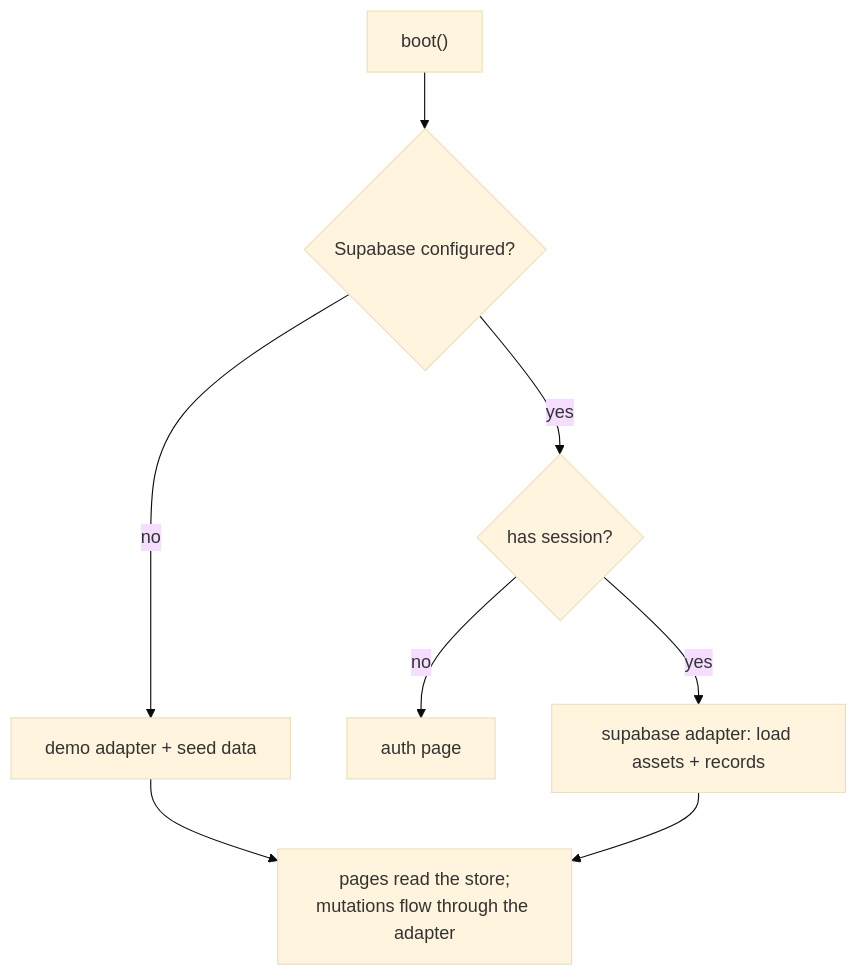
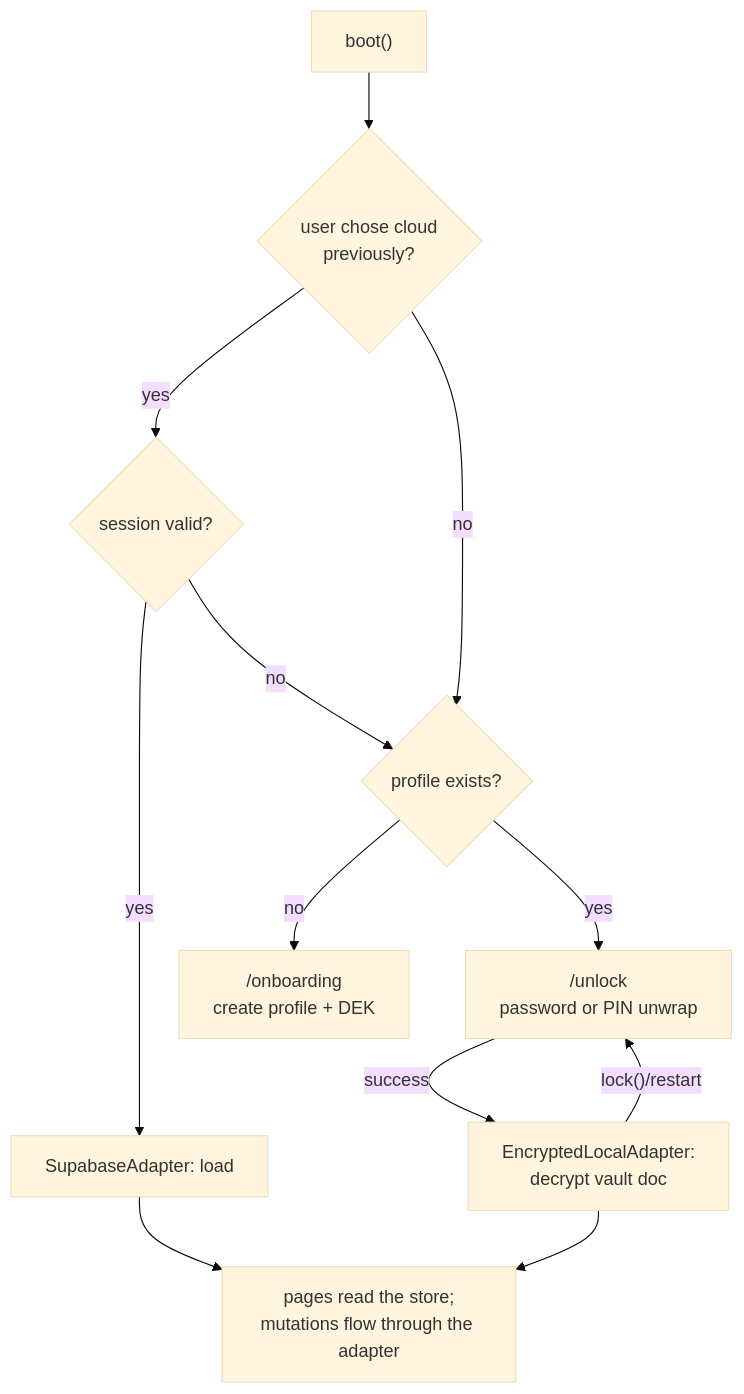
The second of 2 diagrams in docs/ARCHITECTURE.md (PyDeV1OpEr/Vaultfolio), drawn with Mermaid (base theme) before and after one commit. The commit also changed other lines of this file and 21 other files, not shown here.

First line of the commit message:
feat: offline-first encrypted local vault with backup/restore, PIN unlock, and release infra

````diff
--- a/docs/ARCHITECTURE.md
+++ b/docs/ARCHITECTURE.md
@@ -58,10 +60,14 @@
 ```mermaid
 flowchart TD
-  boot["boot()"] --> cfg{"Supabase configured?"}
-  cfg -- "no" --> demo["demo adapter + seed data"]
-  cfg -- "yes" --> ses{"has session?"}
-  ses -- "no" --> auth["auth page"]
-  ses -- "yes" --> cloud["supabase adapter: load assets + records"]
-  demo --> api["pages read the store;\nmutations flow through the adapter"]
+  boot["boot()"] --> pref{"user chose cloud\npreviously?"}
+  pref -- "yes" --> ses{"session valid?"}
+  ses -- "yes" --> cloud["SupabaseAdapter: load" ]
+  ses -- "no" --> prof{"profile exists?"}
+  pref -- "no" --> prof
+  prof -- "no" --> onboarding["/onboarding\ncreate profile + DEK"]
+  prof -- "yes" --> locked["/unlock\npassword or PIN unwrap"]
+  locked -- "success" --> local["EncryptedLocalAdapter:\ndecrypt vault doc"]
+  local --> api["pages read the store;\nmutations flow through the adapter"]
   cloud --> api
+  local -- "lock()/restart" --> locked
 ```
````
